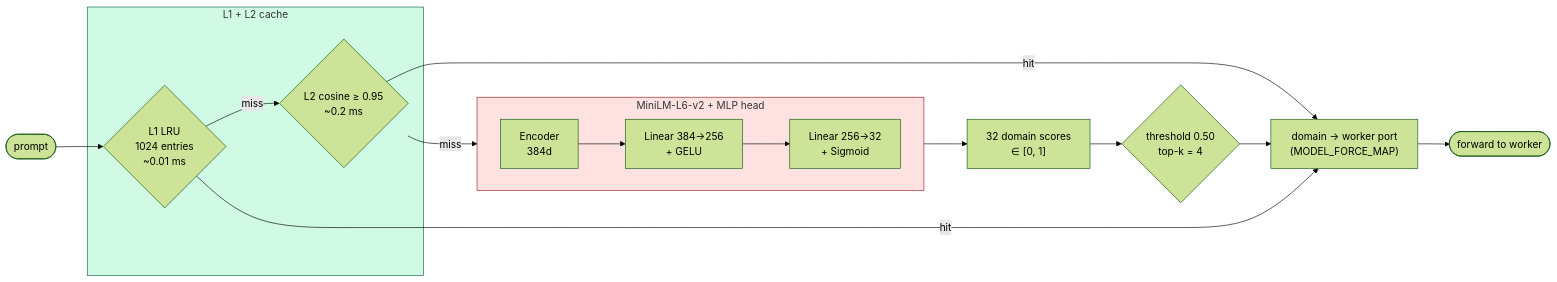
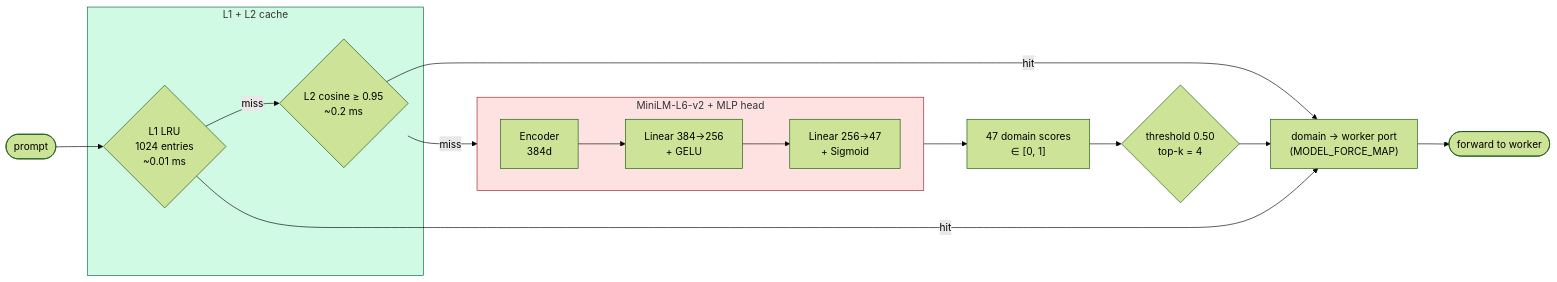
One commit to ailiance/ailiance changed the fourth of 6 diagrams in README.md. Above: the diagram before and after it, drawn with Mermaid (forest theme). The commit also changed other lines of this file and 2 other files, not shown here.

First line of the commit message:
docs(router): fix router-v6 and 32-domain drift

````diff
--- a/README.md
+++ b/README.md
@@ -220,35 +223,35 @@
 ```mermaid
 flowchart LR
     P([prompt])
 
     subgraph cache["L1 + L2 cache"]
         L1{"L1 LRU<br/>1024 entries<br/>~0.01 ms"}
         L2{"L2 cosine ≥ 0.95<br/>~0.2 ms"}
         L1 -- miss --> L2
     end
 
     P --> L1
     L2 -- miss --> ENC
 
     subgraph encmlp["MiniLM-L6-v2 + MLP head"]
         direction LR
         ENC["Encoder<br/>384d"]
         H1["Linear 384→256<br/>+ GELU"]
-        H2["Linear 256→32<br/>+ Sigmoid"]
+        H2["Linear 256→47<br/>+ Sigmoid"]
         ENC --> H1 --> H2
     end
 
-    H2 --> SCORES["32 domain scores<br/>∈ [0, 1]"]
+    H2 --> SCORES["47 domain scores<br/>∈ [0, 1]"]
     SCORES --> THR{"threshold 0.50<br/>top-k = 4"}
     THR --> PICK["domain → worker port<br/>(MODEL_FORCE_MAP)"]
 
     L1 -- hit --> PICK
     L2 -- hit --> PICK
 
     PICK --> OUT([forward to worker])
 
     classDef hit fill:#d1fae5,stroke:#065f46
     classDef miss fill:#fee2e2,stroke:#991b1b
     class cache hit
     class encmlp miss
 ```
````
